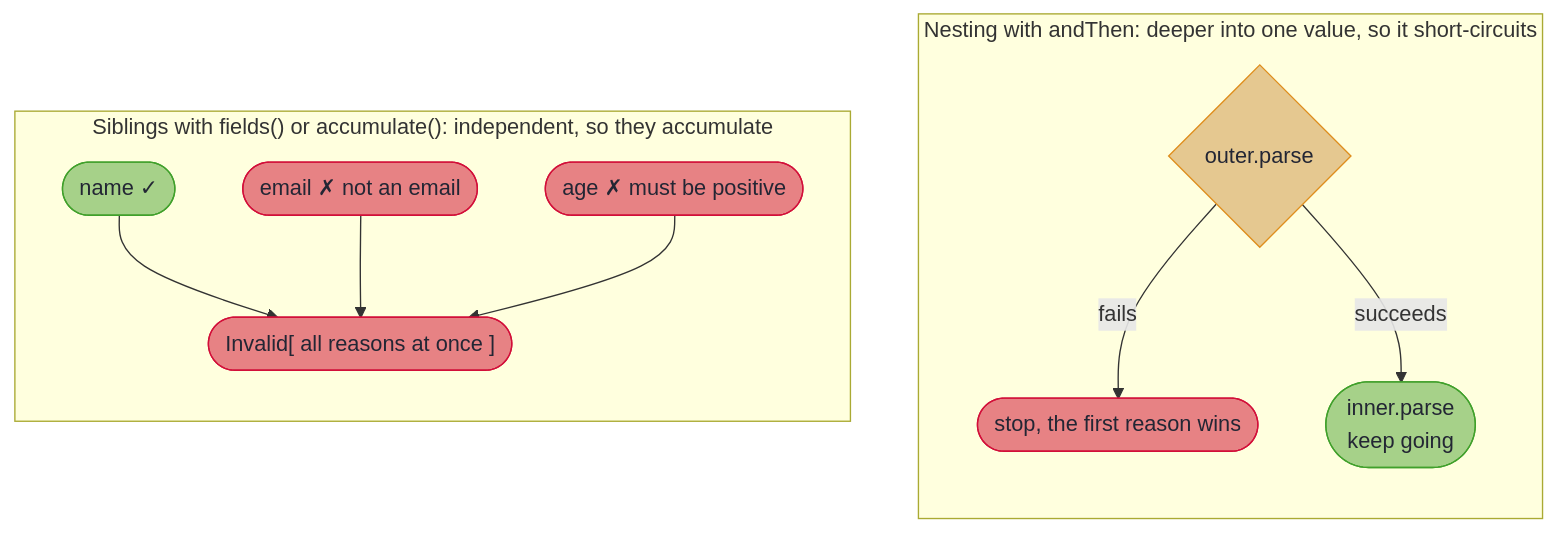
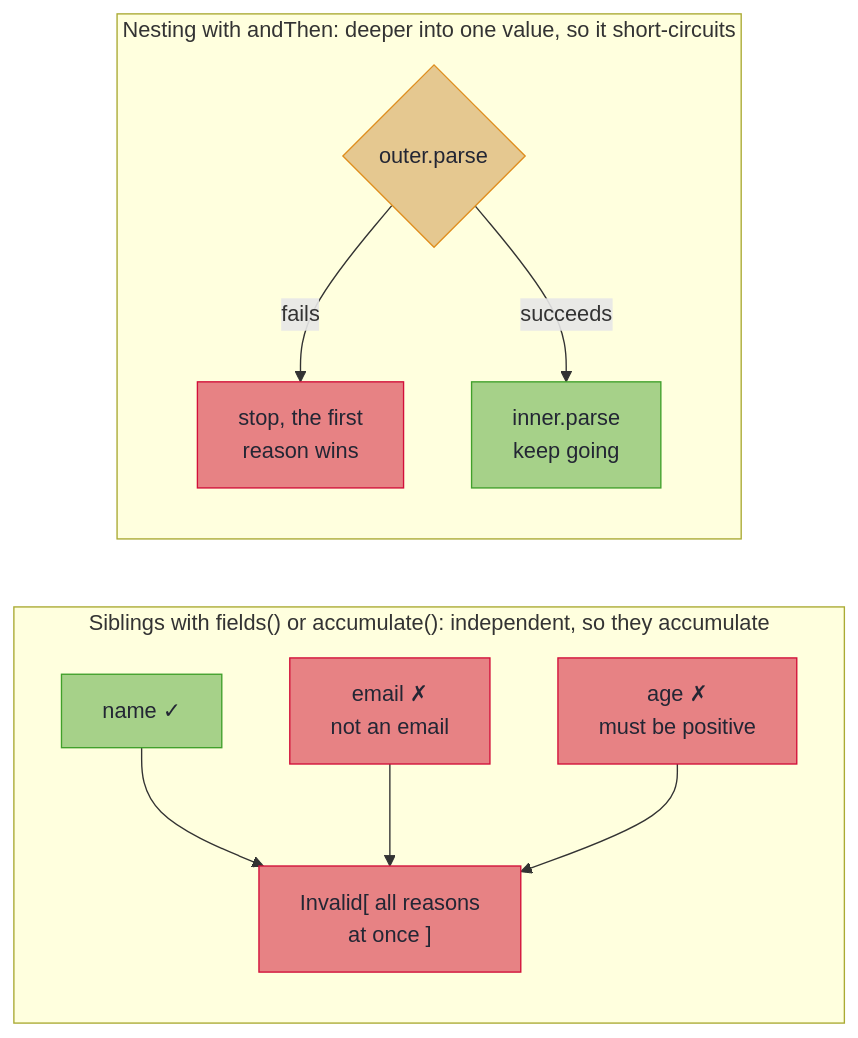
Before and after one commit to higher-kinded-j/higher-kinded-j: the second of 2 diagrams in hkj-book/src/optics/validated_prism.md, drawn with Mermaid. The commit also changed other lines of this file and 24 other files, not shown here.

````diff
--- a/hkj-book/src/optics/validated_prism.md
+++ b/hkj-book/src/optics/validated_prism.md
@@ -58,22 +62,25 @@
 ```mermaid
 flowchart TD
+    accTitle: Nesting short-circuits, siblings accumulate
+    accDescr: Nested with andThen, a failing outer parse stops with the first reason, and only a successful one goes on to the inner parse. Siblings combined with fields() or accumulate() are independent, so a valid name, a bad email and a bad age give one Invalid holding every reason at once.
     subgraph nest["Nesting with andThen: deeper into one value, so it short-circuits"]
         direction TB
         O{"outer.parse"}
-        O -->|"fails"| Stop(["stop, the first reason wins"])
-        O -->|"succeeds"| Inner(["inner.parse<br/>keep going"])
+        O -->|"fails"| Stop["stop, the first<br/>reason wins"]
+        O -->|"succeeds"| Inner["inner.parse<br/>keep going"]
     end
     subgraph sib["Siblings with fields() or accumulate(): independent, so they accumulate"]
         direction TB
-        N(["name ✓"]) --> All(["Invalid[ all reasons at once ]"])
-        E(["email ✗ not an email"]) --> All
-        A(["age ✗ must be positive"]) --> All
+        N["name ✓"] --> All["Invalid[ all reasons<br/>at once ]"]
+        E["email ✗<br/>not an email"] --> All
+        A["age ✗<br/>must be positive"] --> All
     end
+    nest ~~~ sib
 
     classDef tier fill:#a6d189,stroke:#40a02b,color:#232634
     classDef decision fill:#e5c890,stroke:#df8e1d,color:#232634
     classDef bad fill:#e78284,stroke:#d20f39,color:#232634
     class Inner,N tier
     class O decision
     class Stop,All,E,A bad
 ```
````
